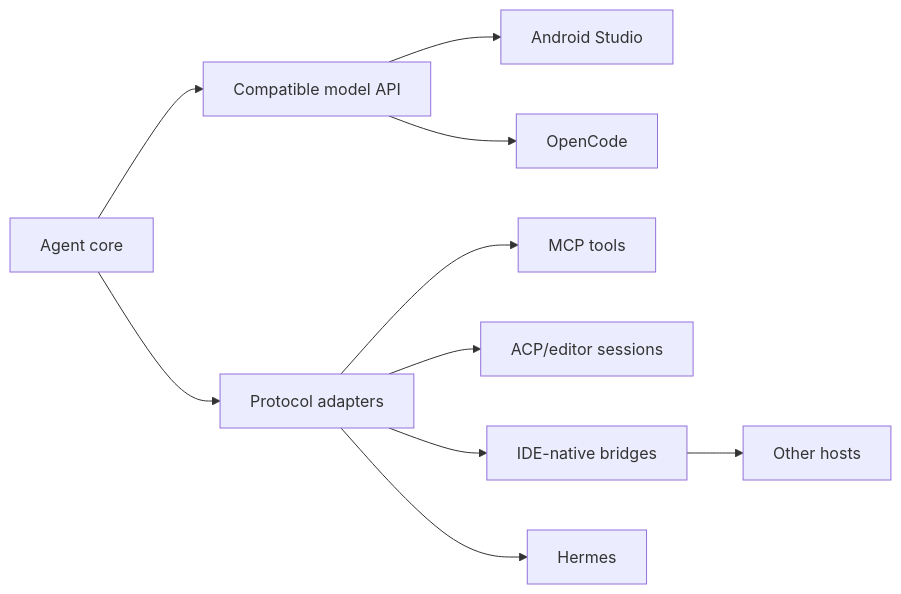
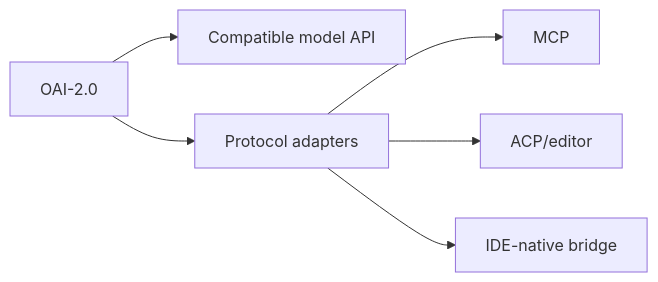
Before and after one commit to ORCHORDS-LCC/OAI-2.0: the diagram in docs/agent-architecture/HOST_COMPATIBILITY.md, drawn with Mermaid. The commit also changed other lines of this file and 23 other files, not shown here.

````diff
--- a/docs/agent-architecture/HOST_COMPATIBILITY.md
+++ b/docs/agent-architecture/HOST_COMPATIBILITY.md
@@ -7,12 +9,8 @@
 ```mermaid
 flowchart LR
-    Q[Agent core] --> API[Compatible model API]
-    Q --> AD[Protocol adapters]
-    AD --> MCP[MCP tools]
-    AD --> ACP[ACP/editor sessions]
-    AD --> IDE[IDE-native bridges]
-    API --> AS[Android Studio]
-    API --> OC[OpenCode]
-    AD --> HE[Hermes]
-    IDE --> OTHER[Other hosts]
+    Q[OAI-2.0] --> API[Compatible model API]
+    Q --> P[Protocol adapters]
+    P --> MCP[MCP]
+    P --> ACP[ACP/editor]
+    P --> IDE[IDE-native bridge]
 ```
````
